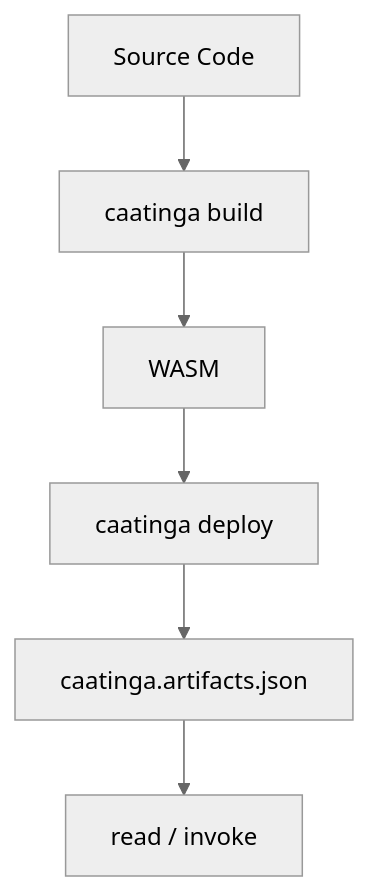
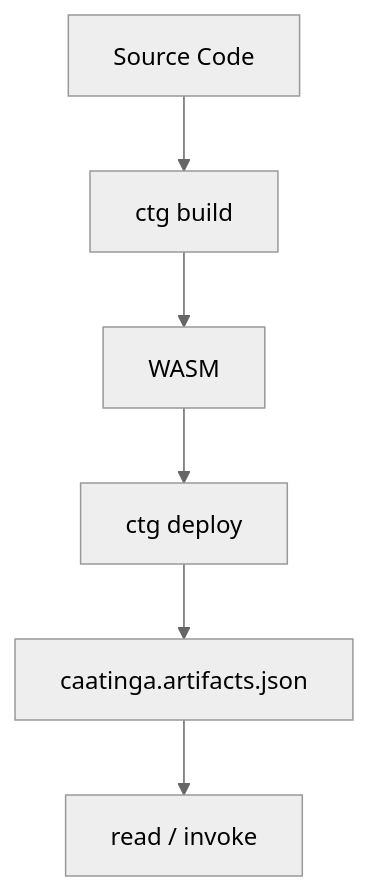
The first of 3 diagrams in docs/tutorials/workshop.md (Dione-b/caatinga), drawn with Mermaid (neutral theme) before and after one commit. The commit also changed other lines of this file and 142 other files, not shown here.

````diff
--- a/docs/tutorials/workshop.md
+++ b/docs/tutorials/workshop.md
@@ -32,8 +32,8 @@
 ```mermaid
 flowchart TD
-  source["Source Code"] --> build["caatinga build"]
+  source["Source Code"] --> build["ctg build"]
   build --> wasm["WASM"]
-  wasm --> deploy["caatinga deploy"]
+  wasm --> deploy["ctg deploy"]
   deploy --> artifacts["caatinga.artifacts.json"]
   artifacts --> invoke["read / invoke"]
 ```
````
